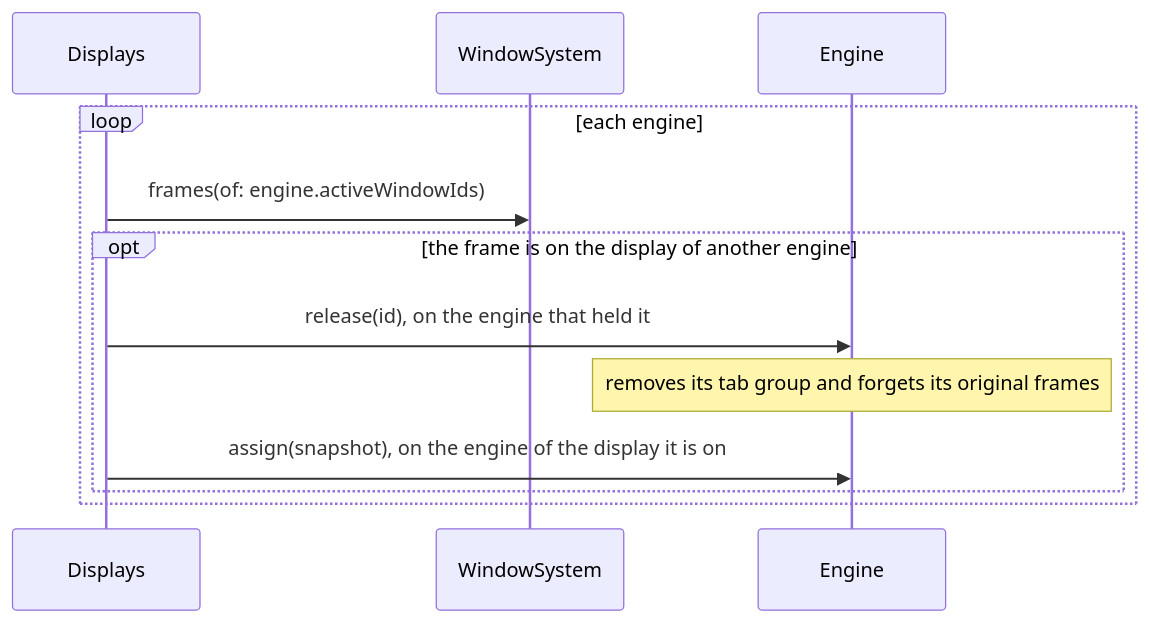
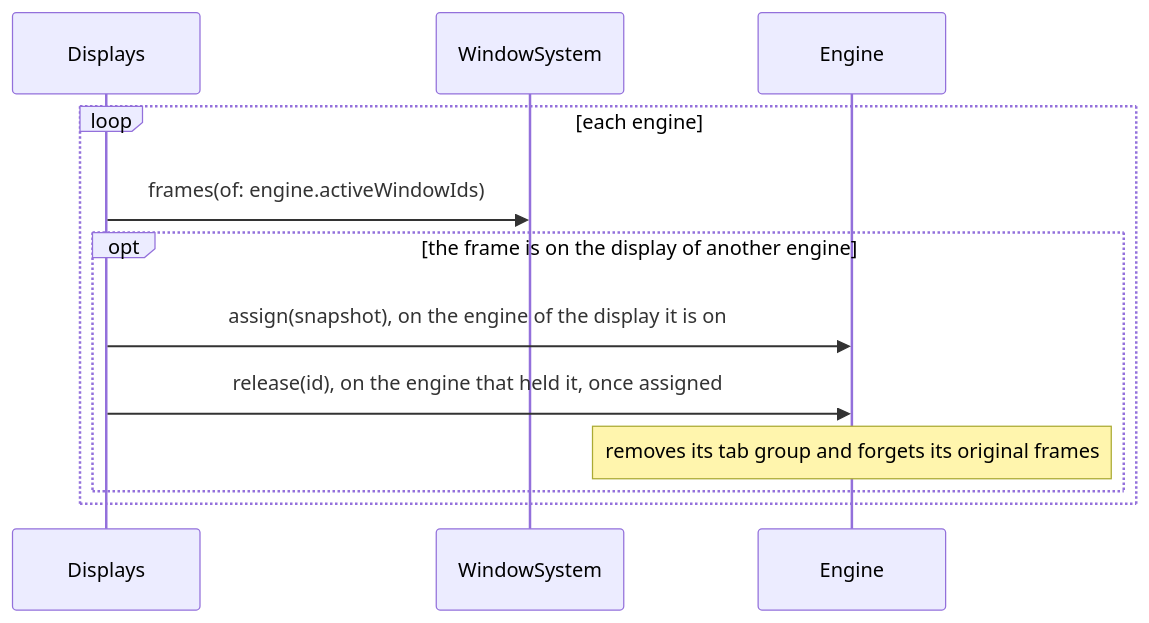
One commit to brennovich/ottowm changed diagram 18 of 25 in ARCHITECTURE.md. Above: the diagram before and after it, drawn with Mermaid. The commit also changed other lines of this file and 2 other files, not shown here.

````diff
--- a/ARCHITECTURE.md
+++ b/ARCHITECTURE.md
@@ -438,11 +438,11 @@
 ```mermaid
 sequenceDiagram
     loop each engine
         Displays->>WindowSystem: frames(of: engine.activeWindowIds)
         opt the frame is on the display of another engine
-            Displays->>Engine: release(id), on the engine that held it
+            Displays->>Engine: assign(snapshot), on the engine of the display it is on
+            Displays->>Engine: release(id), on the engine that held it, once assigned
             Note over Engine: removes its tab group and forgets its original frames
-            Displays->>Engine: assign(snapshot), on the engine of the display it is on
         end
     end
 ```
````
